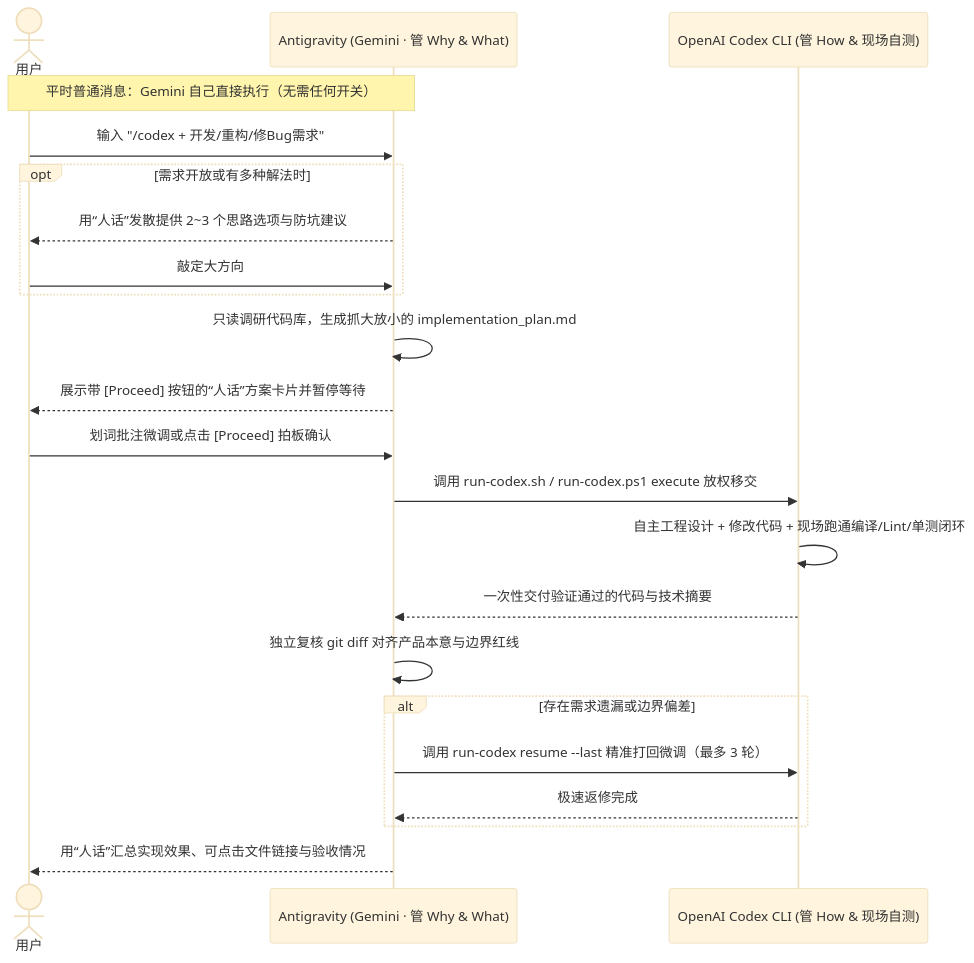
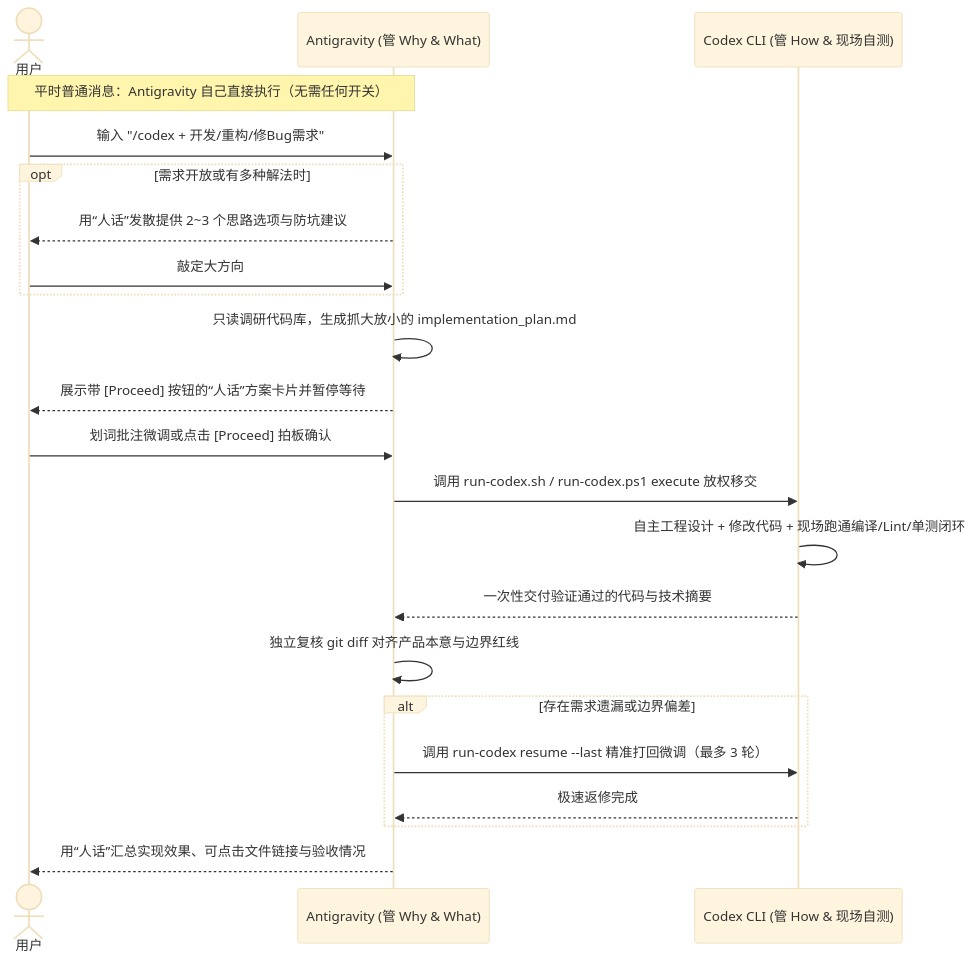
The diagram in README.zh-CN.md (19zbhy/antigravity-codex), drawn with Mermaid (base theme) before and after one commit. The commit also changed other lines of this file and 7 other files, not shown here.

Commit message:
docs: polish wording and align Antigravity x Codex naming symmetry

````diff
--- a/README.zh-CN.md
+++ b/README.zh-CN.md
@@ -38,25 +38,25 @@
 ```mermaid
 sequenceDiagram
     actor User as 用户
-    participant Gemini as Antigravity (Gemini · 管 Why & What)
-    participant Codex as OpenAI Codex CLI (管 How & 现场自测)
+    participant Antigravity as Antigravity (管 Why & What)
+    participant Codex as Codex CLI (管 How & 现场自测)
 
-    Note over User,Gemini: 平时普通消息：Gemini 自己直接执行（无需任何开关）
-    User->>Gemini: 输入 "/codex + 开发/重构/修Bug需求"
+    Note over User,Antigravity: 平时普通消息：Antigravity 自己直接执行（无需任何开关）
+    User->>Antigravity: 输入 "/codex + 开发/重构/修Bug需求"
     opt 需求开放或有多种解法时
-        Gemini-->>User: 用“人话”发散提供 2~3 个思路选项与防坑建议
-        User->>Gemini: 敲定大方向
+        Antigravity-->>User: 用“人话”发散提供 2~3 个思路选项与防坑建议
+        User->>Antigravity: 敲定大方向
     end
-    Gemini->>Gemini: 只读调研代码库，生成抓大放小的 implementation_plan.md
-    Gemini-->>User: 展示带 [Proceed] 按钮的“人话”方案卡片并暂停等待
-    User->>Gemini: 划词批注微调或点击 [Proceed] 拍板确认
-    Gemini->>Codex: 调用 run-codex.sh / run-codex.ps1 execute 放权移交
+    Antigravity->>Antigravity: 只读调研代码库，生成抓大放小的 implementation_plan.md
+    Antigravity-->>User: 展示带 [Proceed] 按钮的“人话”方案卡片并暂停等待
+    User->>Antigravity: 划词批注微调或点击 [Proceed] 拍板确认
+    Antigravity->>Codex: 调用 run-codex.sh / run-codex.ps1 execute 放权移交
     Codex->>Codex: 自主工程设计 + 修改代码 + 现场跑通编译/Lint/单测闭环
-    Codex-->>Gemini: 一次性交付验证通过的代码与技术摘要
-    Gemini->>Gemini: 独立复核 git diff 对齐产品本意与边界红线
+    Codex-->>Antigravity: 一次性交付验证通过的代码与技术摘要
+    Antigravity->>Antigravity: 独立复核 git diff 对齐产品本意与边界红线
     alt 存在需求遗漏或边界偏差
-        Gemini->>Codex: 调用 run-codex resume --last 精准打回微调（最多 3 轮）
-        Codex-->>Gemini: 极速返修完成
+        Antigravity->>Codex: 调用 run-codex resume --last 精准打回微调（最多 3 轮）
+        Codex-->>Antigravity: 极速返修完成
     end
-    Gemini-->>User: 用“人话”汇总实现效果、可点击文件链接与验收情况
+    Antigravity-->>User: 用“人话”汇总实现效果、可点击文件链接与验收情况
 ```
````
